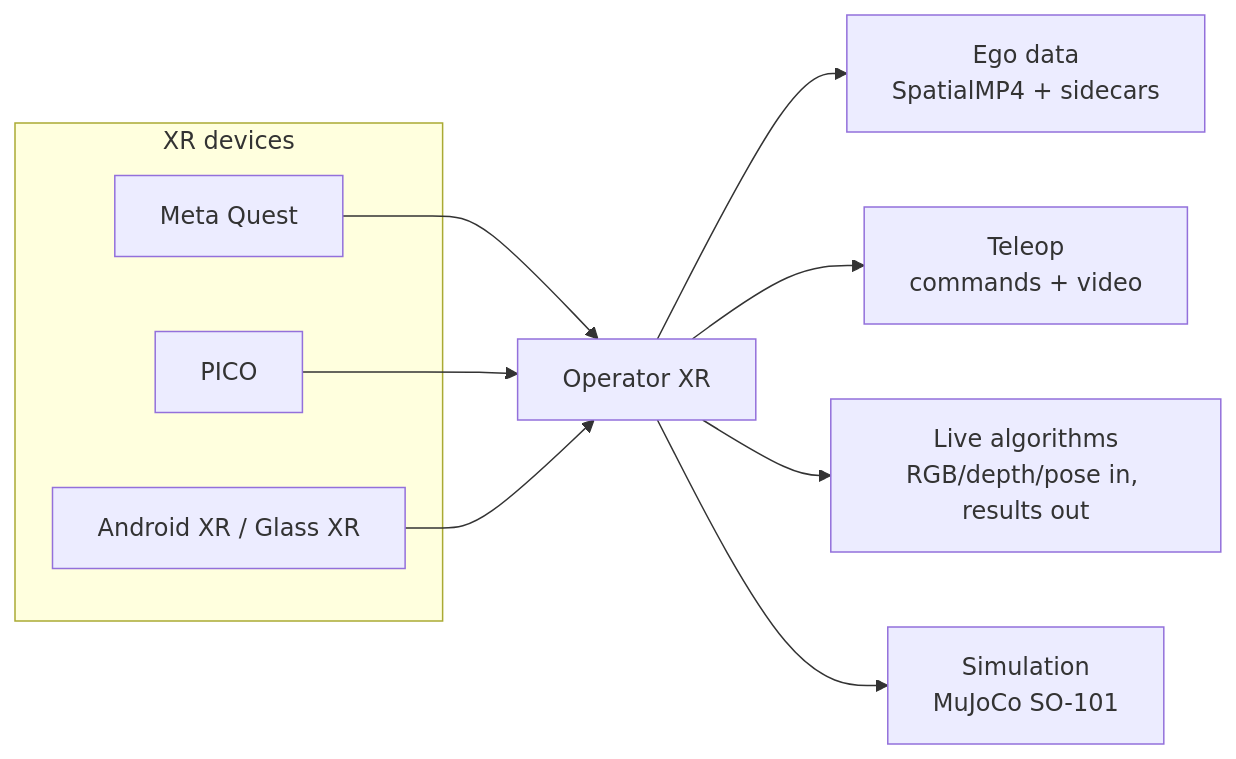
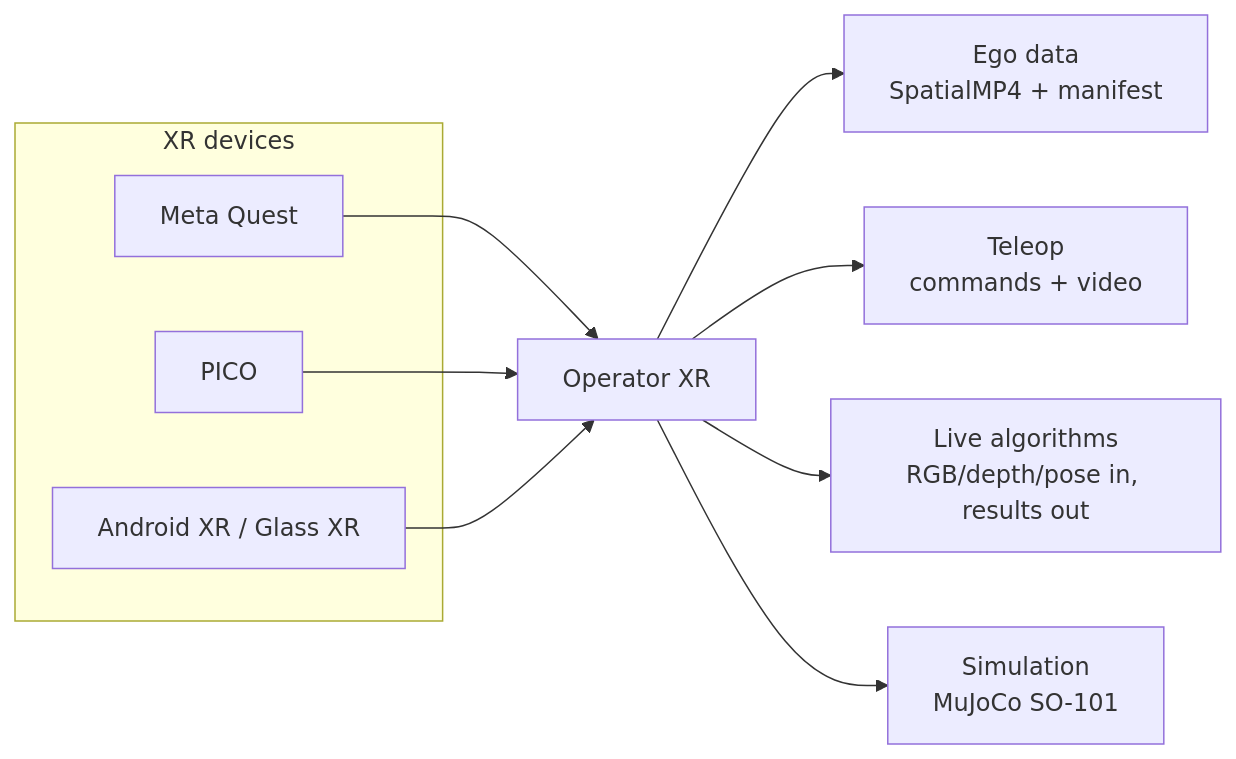
Before and after one commit to lovemoon-ai/operator: the first of 6 diagrams in README.md, drawn with Mermaid. The commit also changed other lines of this file and 18 other files, not shown here.

````diff
--- a/README.md
+++ b/README.md
@@ -45,17 +45,17 @@
 ```mermaid
 flowchart LR
   subgraph Devices["XR devices"]
     Quest["Meta Quest"]
     Pico["PICO"]
     AndroidXR["Android XR / Glass XR"]
   end
 
   Quest --> Client["Operator XR"]
   Pico --> Client
   AndroidXR --> Client
 
-  Client --> Ego["Ego data<br/>SpatialMP4 + sidecars"]
+  Client --> Ego["Ego data<br/>SpatialMP4 + manifest"]
   Client --> Teleop["Teleop<br/>commands + video"]
   Client --> Live["Live algorithms<br/>RGB/depth/pose in, results out"]
   Client --> Sim["Simulation<br/>MuJoCo SO-101"]
 ```
````
